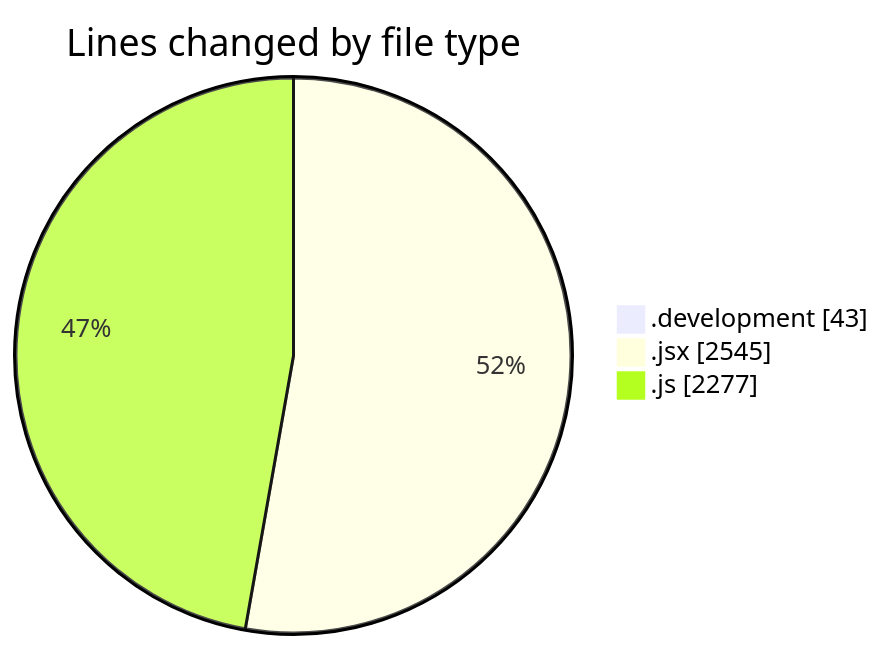
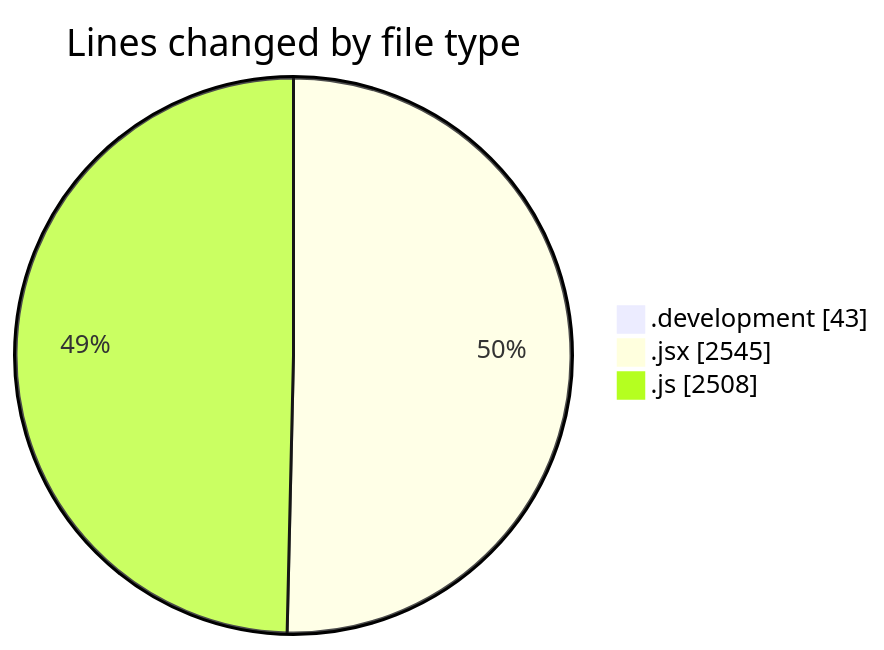
One commit to nxtqubesakshisongat/code-tracking changed the first of 2 diagrams in 2025-11-11/argos/README.md. Above: the diagram before and after it, drawn with Mermaid. The commit also changed other lines of this file and 1 other file, not shown here.

````diff
--- a/2025-11-11/argos/README.md
+++ b/2025-11-11/argos/README.md
@@ -26,7 +27,7 @@
 ```mermaid
 pie showData
 title Lines changed by file type
 ".development" : 43
 ".jsx" : 2545
-".js" : 2277
+".js" : 2508
 ```
````
